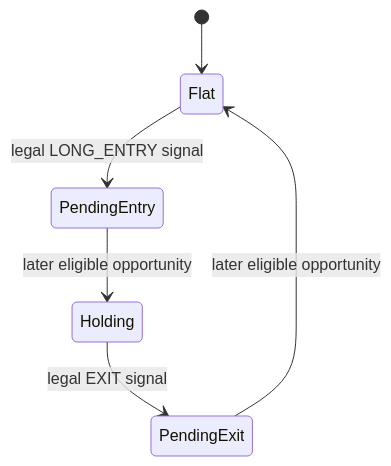
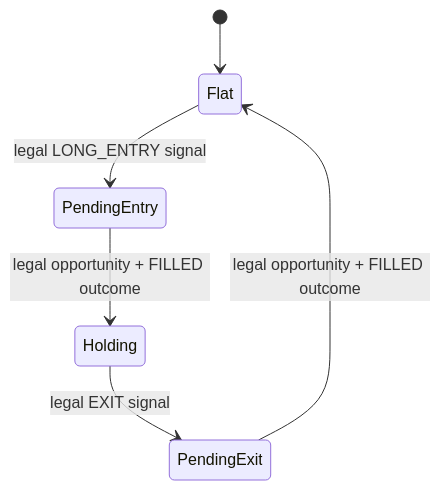
The second of 2 diagrams in README.md (jayjz/SHAD0W), drawn with Mermaid before and after one commit. The commit also changed other lines of this file and 16 other files, not shown here.

````diff
--- a/README.md
+++ b/README.md
@@ -288,10 +289,10 @@
 ```mermaid
 stateDiagram-v2
     [*] --> Flat
 
     Flat --> PendingEntry: legal LONG_ENTRY signal
-    PendingEntry --> Holding: later eligible opportunity
+    PendingEntry --> Holding: legal opportunity + FILLED outcome
 
     Holding --> PendingExit: legal EXIT signal
-    PendingExit --> Flat: later eligible opportunity
+    PendingExit --> Flat: legal opportunity + FILLED outcome
 ```
````
